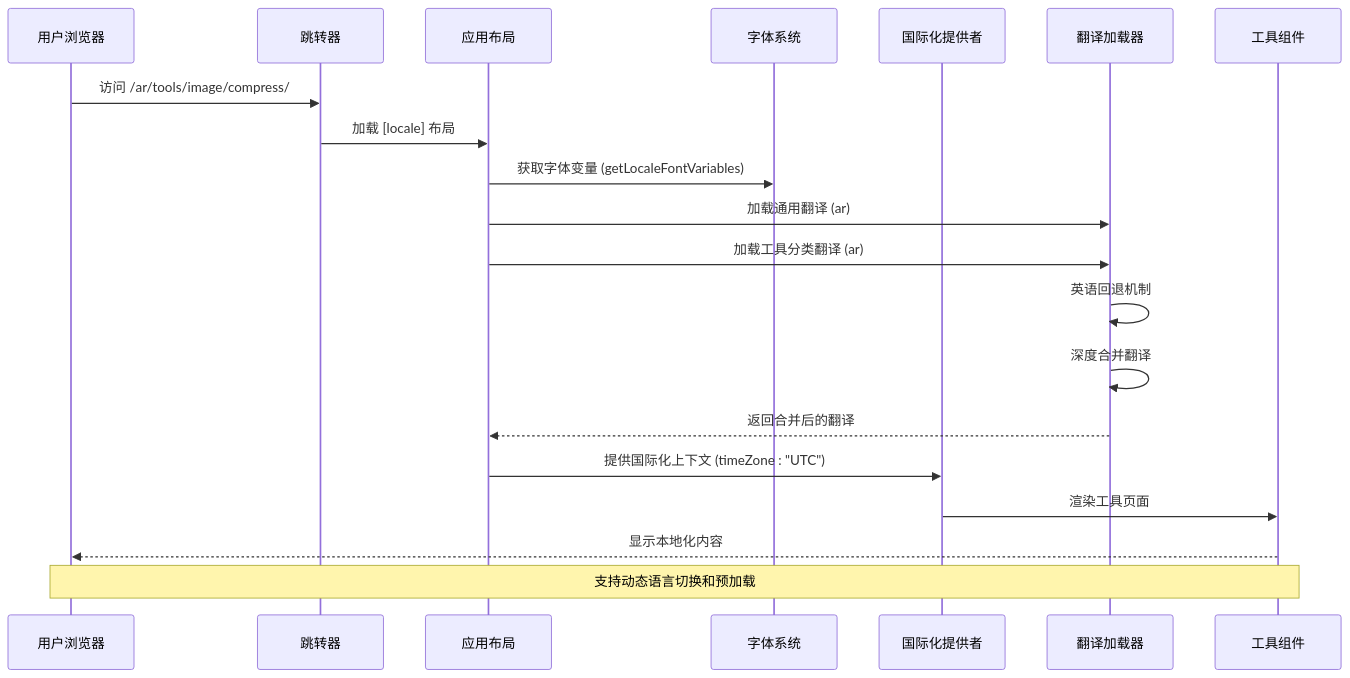
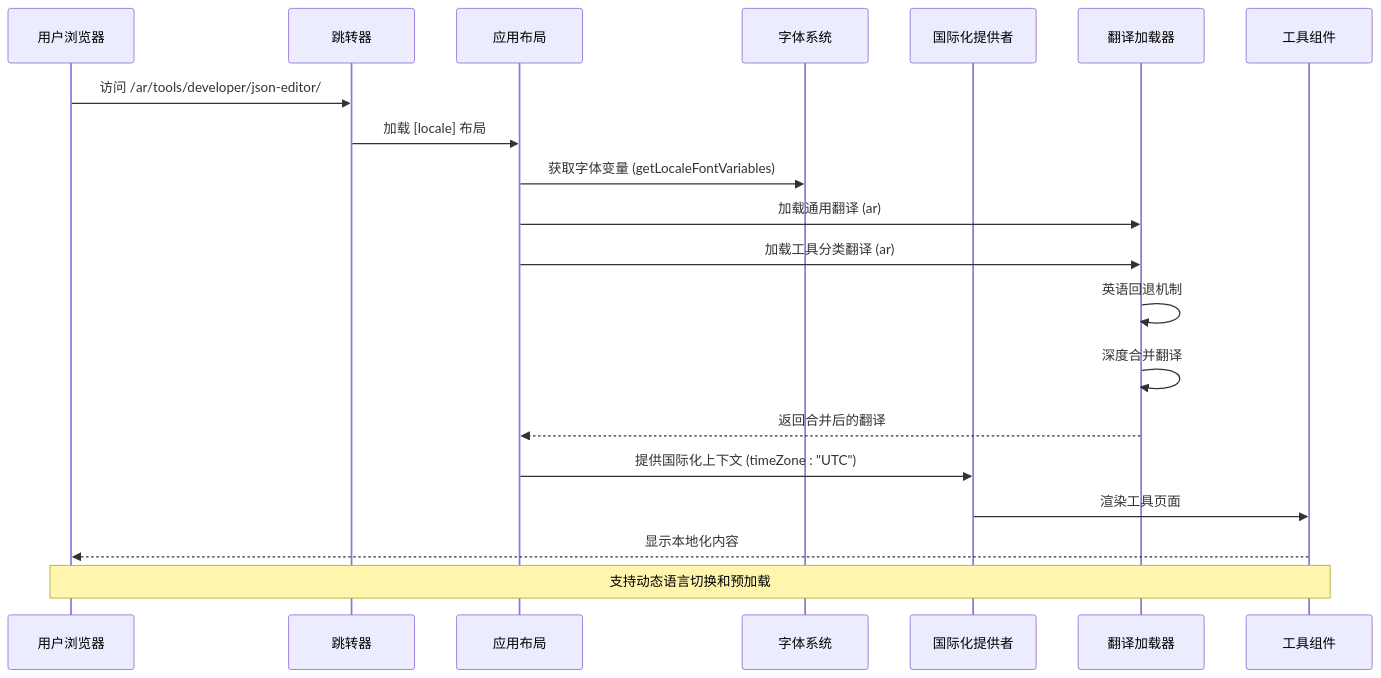
Before and after one commit to sgyy/privadeck: the seventh of 13 diagrams in .qoder/repowiki/zh/content/技术架构/国际化系统.md, drawn with Mermaid. The commit also changed other lines of this file and 3 other files, not shown here.

````diff
--- a/.qoder/repowiki/zh/content/技术架构/国际化系统.md
+++ b/.qoder/repowiki/zh/content/技术架构/国际化系统.md
@@ -444,22 +499,22 @@
 ```mermaid
 sequenceDiagram
 participant User as 用户浏览器
 participant Router as 跳转器
 participant Layout as 应用布局
 participant Fonts as 字体系统
 participant Provider as 国际化提供者
 participant Messages as 翻译加载器
 participant Tools as 工具组件
-User->>Router : 访问 /ar/tools/image/compress/
+User->>Router : 访问 /ar/tools/developer/json-editor/
 Router->>Layout : 加载 [locale] 布局
 Layout->>Fonts : 获取字体变量 (getLocaleFontVariables)
 Layout->>Messages : 加载通用翻译 (ar)
 Layout->>Messages : 加载工具分类翻译 (ar)
 Messages->>Messages : 英语回退机制
 Messages->>Messages : 深度合并翻译
 Messages-->>Layout : 返回合并后的翻译
 Layout->>Provider : 提供国际化上下文 (timeZone : "UTC")
 Provider->>Tools : 渲染工具页面
 Tools-->>User : 显示本地化内容
 Note over User,Tools : 支持动态语言切换和预加载
 ```
````
